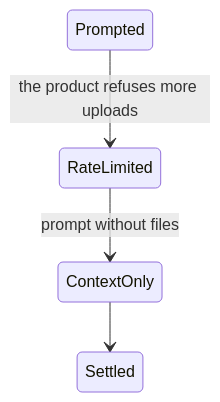
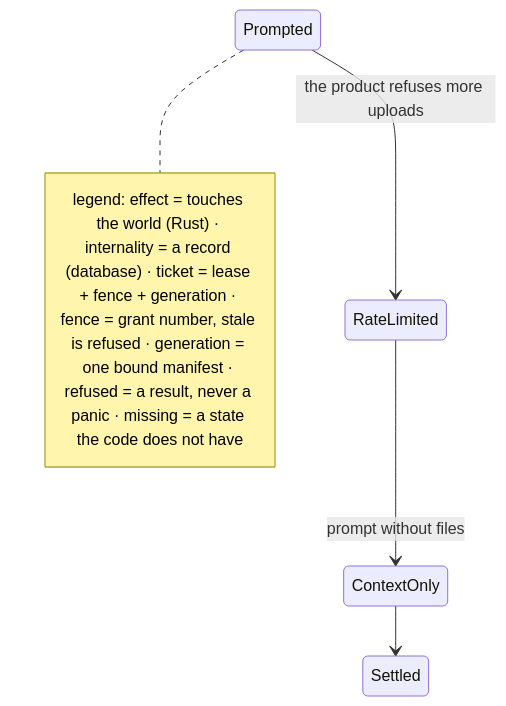
Before and after one commit to MergedBeastAgito/Agito: the fourth of 4 diagrams in docs/diagram/50-Feed.md, drawn with Mermaid. The commit also changed other lines of this file and 16 other files, not shown here.

First line of the commit message:
refactor(rust): add authority abstraction, seal, and ticket improvements

````diff
--- a/docs/diagram/50-Feed.md
+++ b/docs/diagram/50-Feed.md
@@ -66,6 +74,9 @@
 ```mermaid
 stateDiagram-v2
 	Prompted --> RateLimited: the product refuses more uploads
 	RateLimited --> ContextOnly: prompt without files
 	ContextOnly --> Settled
+	note right of Prompted
+		legend: effect = touches the world (Rust) · internality = a record (database) · ticket = lease + fence + generation · fence = grant number, stale is refused · generation = one bound manifest · refused = a result, never a panic · missing = a state the code does not have
+	end note
 ```
````
